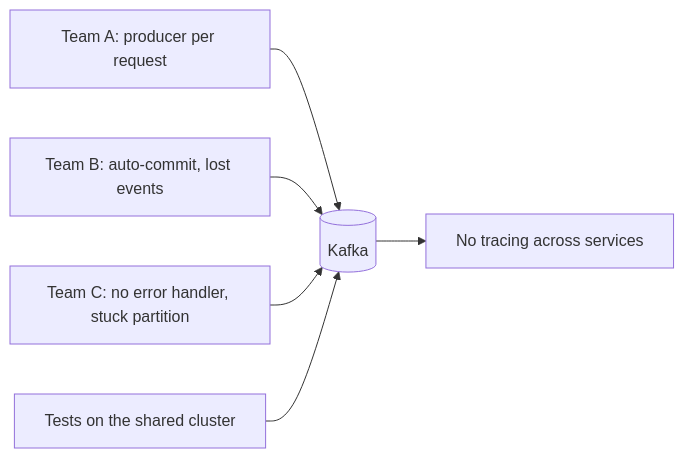
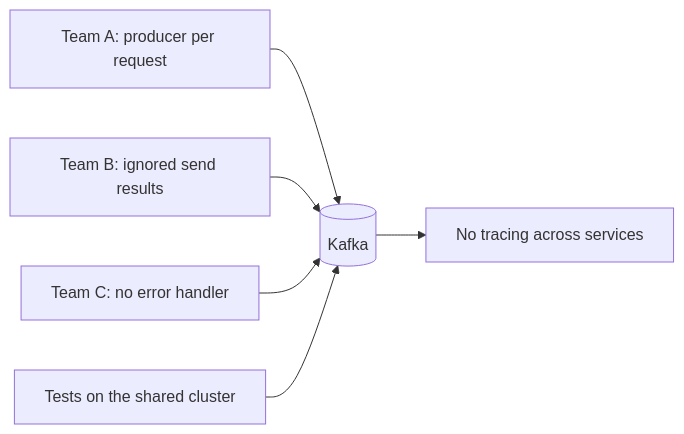
One commit to jubin-techwiz/learning changed the first of 2 diagrams in notes/02-messaging/02-kafka/12-kafka-with-spring-boot.md. Above: the diagram before and after it, drawn with Mermaid. The commit also changed other lines of this file and 37 other files, not shown here.

````diff
--- a/notes/02-messaging/02-kafka/12-kafka-with-spring-boot.md
+++ b/notes/02-messaging/02-kafka/12-kafka-with-spring-boot.md
@@ -26,8 +53,8 @@
 ```mermaid
 flowchart LR
     A[Team A: producer per request] --> K[(Kafka)]
-    B[Team B: auto-commit, lost events] --> K
-    C[Team C: no error handler, stuck partition] --> K
+    B[Team B: ignored send results] --> K
+    C[Team C: no error handler] --> K
     T[Tests on the shared cluster] --> K
     K --> X[No tracing across services]
 ```
````
